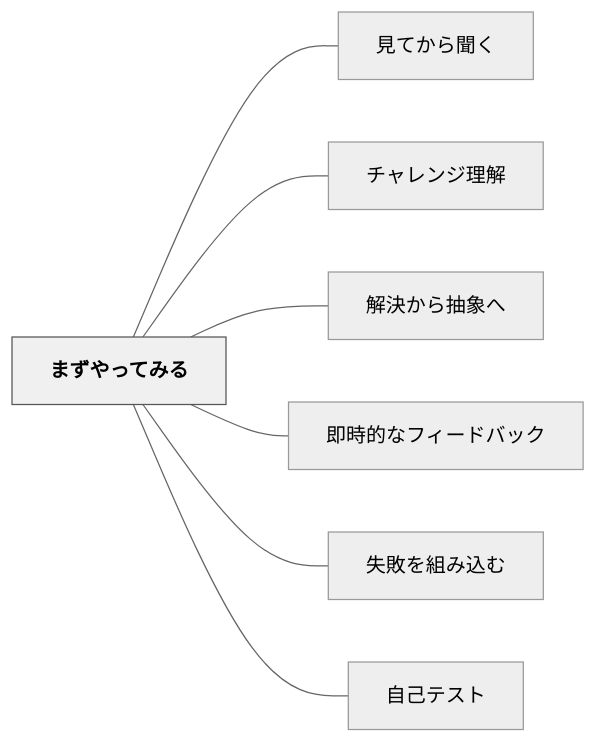
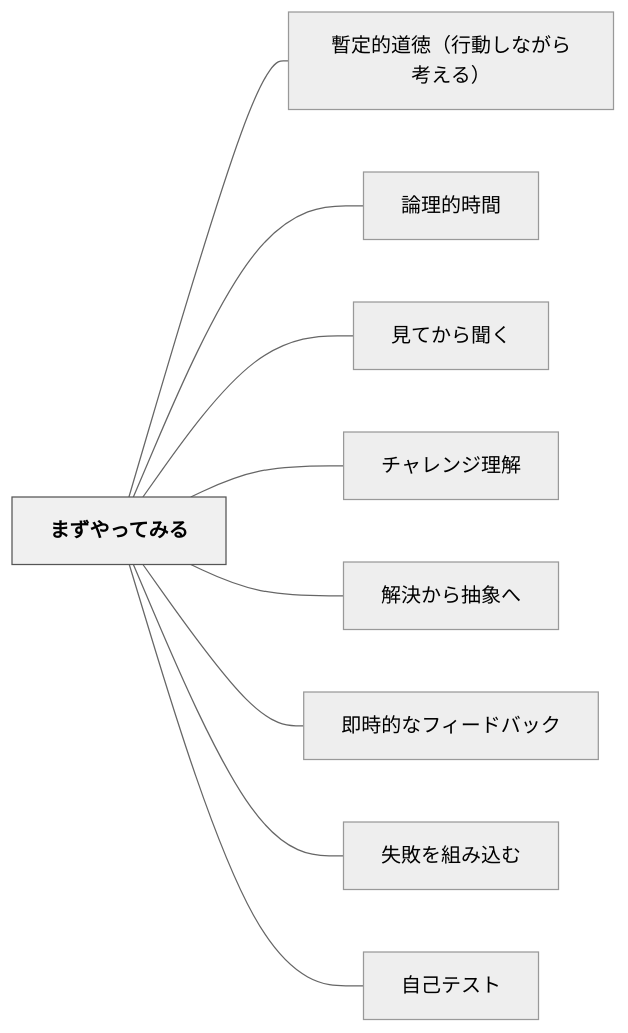
The diagram in content/パタン/まずやってみる.md (unknownthings-ed-patterns/unknownthings-ed-patterns), drawn with Mermaid (neutral theme) before and after one commit. The commit also changed other lines of this file and 185 other files, not shown here.

````diff
--- a/content/パタン/まずやってみる.md
+++ b/content/パタン/まずやってみる.md
@@ -86,20 +88,24 @@
 ```mermaid
 flowchart LR
     ne381bee3819ae38284e381a3e381a6e381bfe3828b["まずやってみる"]
+    ne69aabe5ae9ae79a84e98193e5beb3efbc88e8a18ce58b95e38197e381aae3818ce38289e88083e38188e3828befbc89["暫定的道徳（行動しながら考える）"]
+    ne8ab96e79086e79a84e69982e99693["論理的時間"]
     ne8a68be381a6e3818be38289e8819ee3818f["見てから聞く"]
     ne38381e383a3e383ace383b3e382b8e79086e8a7a3["チャレンジ理解"]
     ne8a7a3e6b1bae3818be38289e68abde8b1a1e381b8["解決から抽象へ"]
     ne58db3e69982e79a84e381aae38395e382a3e383bce38389e38390e38383e382af["即時的なフィードバック"]
     ne5a4b1e69597e38292e7b584e381bfe8bebce38280["失敗を組み込む"]
     ne887aae5b7b1e38386e382b9e38388["自己テスト"]
 
+    ne381bee3819ae38284e381a3e381a6e381bfe3828b --- ne69aabe5ae9ae79a84e98193e5beb3efbc88e8a18ce58b95e38197e381aae3818ce38289e88083e38188e3828befbc89
+    ne381bee3819ae38284e381a3e381a6e381bfe3828b --- ne8ab96e79086e79a84e69982e99693
     ne381bee3819ae38284e381a3e381a6e381bfe3828b --- ne8a68be381a6e3818be38289e8819ee3818f
     ne381bee3819ae38284e381a3e381a6e381bfe3828b --- ne38381e383a3e383ace383b3e382b8e79086e8a7a3
     ne381bee3819ae38284e381a3e381a6e381bfe3828b --- ne8a7a3e6b1bae3818be38289e68abde8b1a1e381b8
     ne381bee3819ae38284e381a3e381a6e381bfe3828b --- ne58db3e69982e79a84e381aae38395e382a3e383bce38389e38390e38383e382af
     ne381bee3819ae38284e381a3e381a6e381bfe3828b --- ne5a4b1e69597e38292e7b584e381bfe8bebce38280
     ne381bee3819ae38284e381a3e381a6e381bfe3828b --- ne887aae5b7b1e38386e382b9e38388
 
     classDef hub fill:#f0f0f0,stroke:#555,color:#000,font-weight:bold
     class ne381bee3819ae38284e381a3e381a6e381bfe3828b hub
 ```
````
